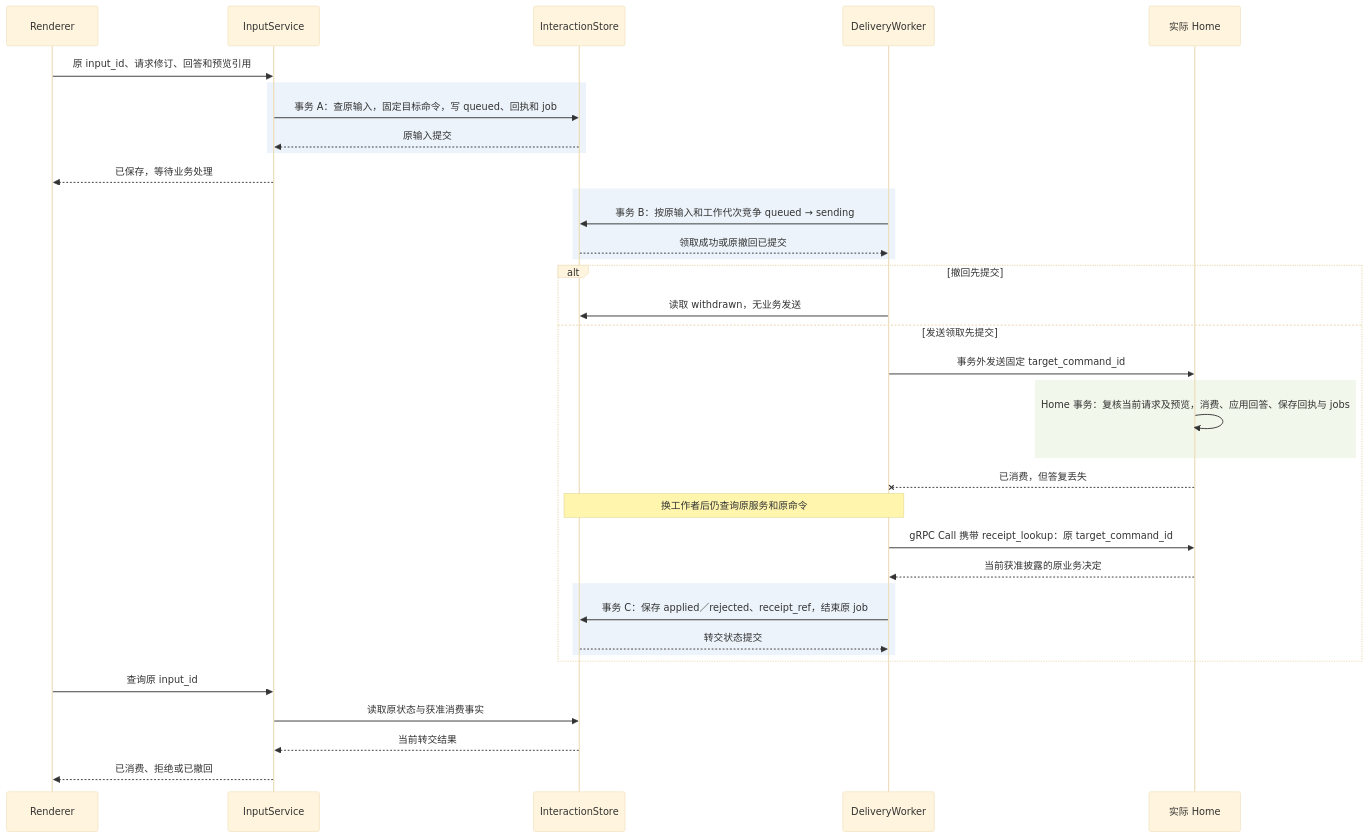
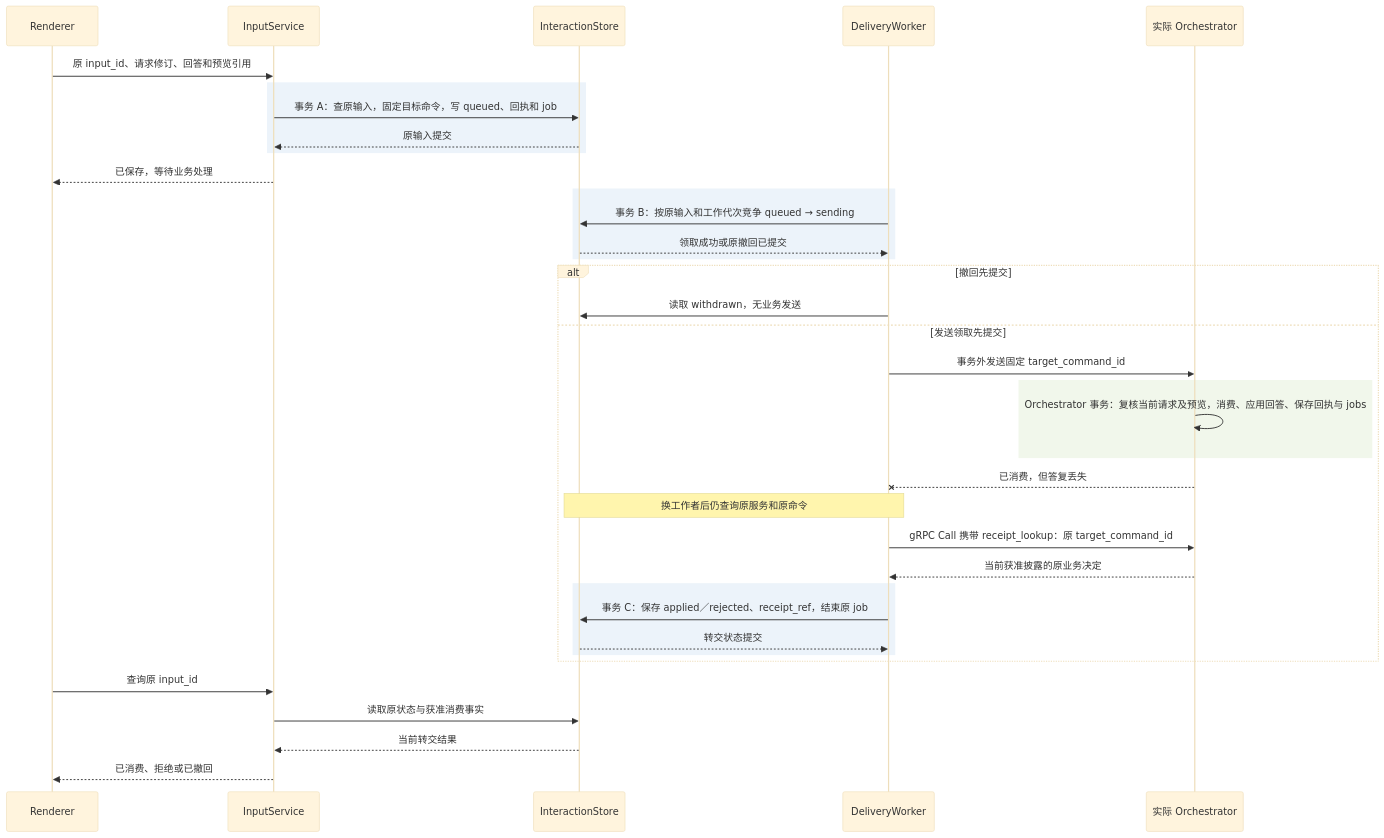
The fifth of 5 diagrams in docs/architecture/interaction/implementation.md (ruipengliu/lerna), drawn with Mermaid (base theme) before and after one commit. The commit also changed other lines of this file and 174 other files, not shown here.

````diff
--- a/docs/architecture/interaction/implementation.md
+++ b/docs/architecture/interaction/implementation.md
@@ -300,38 +300,38 @@
 ```mermaid
 sequenceDiagram
     participant U as Renderer
     participant I as InputService
     participant S as InteractionStore
     participant W as DeliveryWorker
-    participant H as 实际 Home
+    participant H as 实际 Orchestrator
     U->>I: 原 input_id、请求修订、回答和预览引用
     rect rgb(236, 243, 250)
       I->>S: 事务 A：查原输入，固定目标命令，写 queued、回执和 job
       S-->>I: 原输入提交
     end
     I-->>U: 已保存，等待业务处理
     rect rgb(236, 243, 250)
       W->>S: 事务 B：按原输入和工作代次竞争 queued → sending
       S-->>W: 领取成功或原撤回已提交
     end
     alt 撤回先提交
       W->>S: 读取 withdrawn，无业务发送
     else 发送领取先提交
       W->>H: 事务外发送固定 target_command_id
       rect rgb(241, 247, 235)
-        H->>H: Home 事务：复核当前请求及预览，消费、应用回答、保存回执与 jobs
+        H->>H: Orchestrator 事务：复核当前请求及预览，消费、应用回答、保存回执与 jobs
       end
       H--xW: 已消费，但答复丢失
       Note over W,S: 换工作者后仍查询原服务和原命令
       W->>H: gRPC Call 携带 receipt_lookup：原 target_command_id
       H-->>W: 当前获准披露的原业务决定
       rect rgb(236, 243, 250)
         W->>S: 事务 C：保存 applied／rejected、receipt_ref，结束原 job
         S-->>W: 转交状态提交
       end
     end
     U->>I: 查询原 input_id
     I->>S: 读取原状态与获准消费事实
     S-->>I: 当前转交结果
     I-->>U: 已消费、拒绝或已撤回
 ```
````
